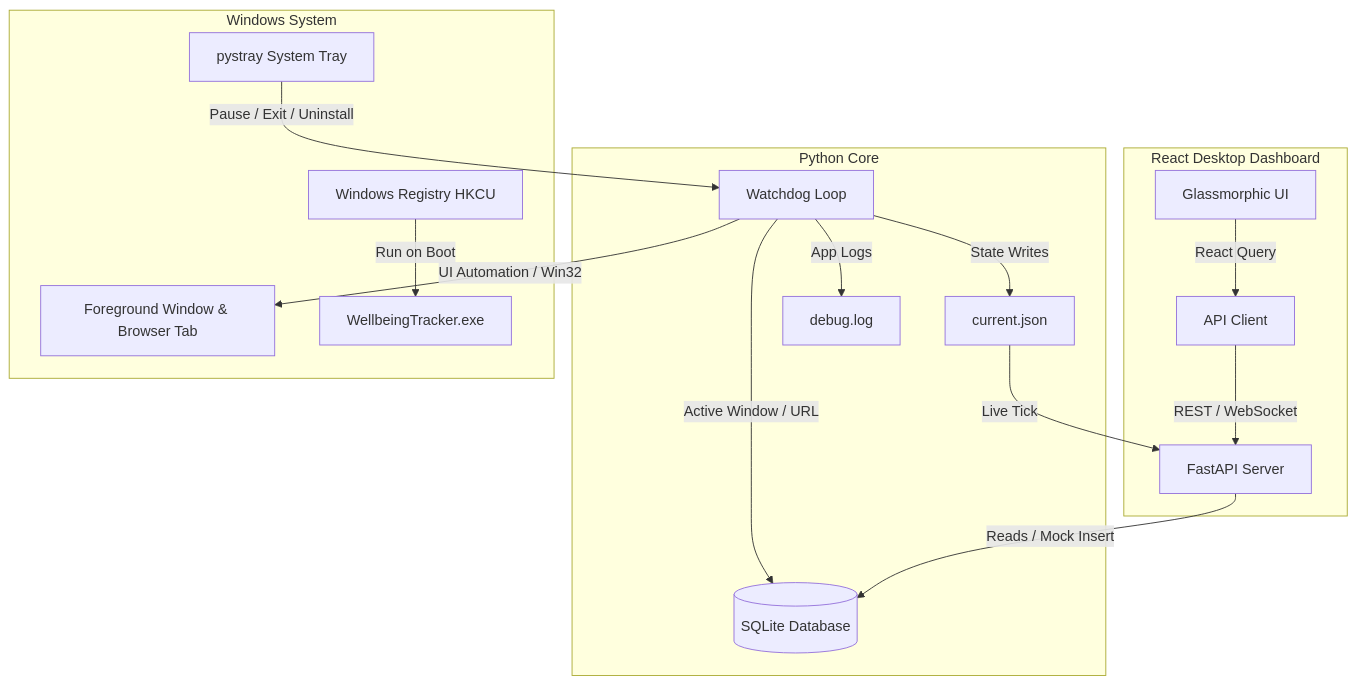
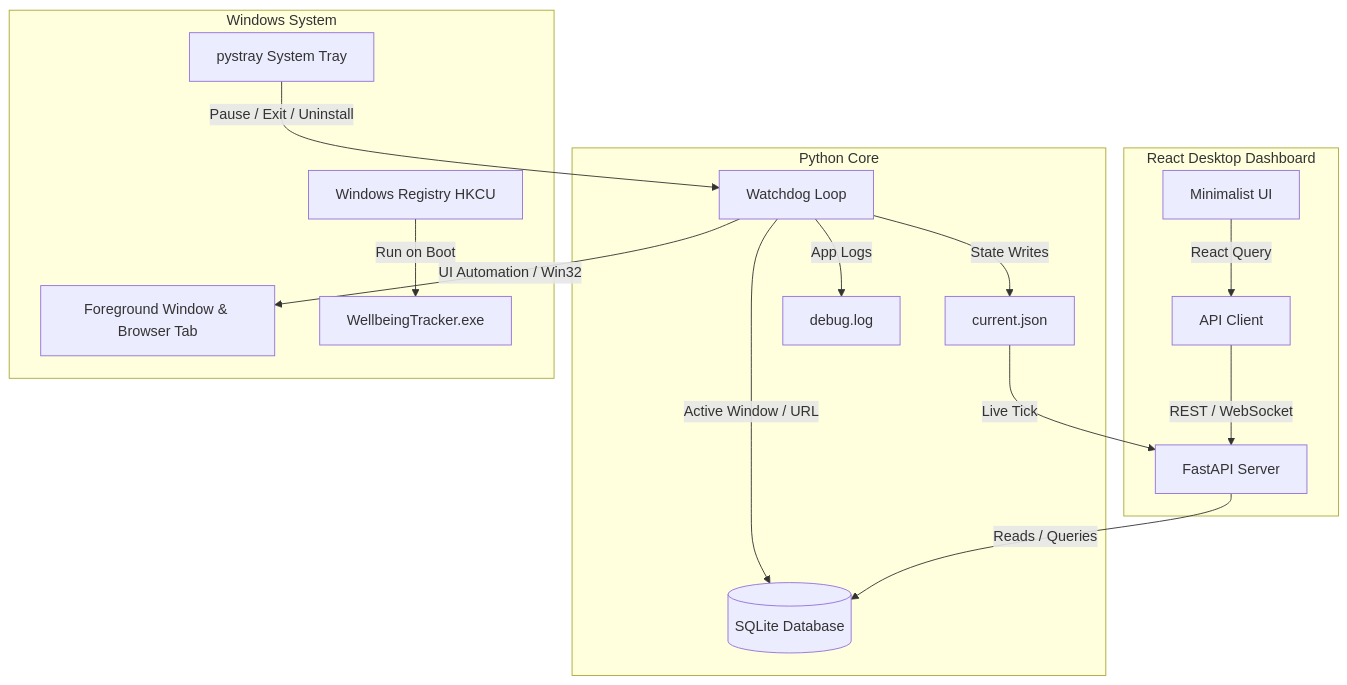
The diagram in README.md (amayIIp/WindowsTimeManagement), drawn with Mermaid before and after one commit. The commit also changed other lines of this file and 11 other files, not shown here.

````diff
--- a/README.md
+++ b/README.md
@@ -24,21 +23,21 @@
 ```mermaid
 graph TD
     subgraph Frontend [React Desktop Dashboard]
-        UI[Glassmorphic UI] --> |React Query| API_Client[API Client]
+        UI[Minimalist UI] --> |React Query| API_Client[API Client]
         API_Client --> |REST / WebSocket| API[FastAPI Server]
     end
 
     subgraph Backend [Python Core]
-        API --> |Reads / Mock Insert| DB[(SQLite Database)]
+        API --> |Reads / Queries| DB[(SQLite Database)]
         Watchdog[Watchdog Loop] --> |Active Window / URL| DB
         Watchdog --> |State Writes| Current[current.json]
         Current --> |Live Tick| API
         Watchdog --> |App Logs| Logs[debug.log]
     end
 
     subgraph Windows System
         Watchdog --> |UI Automation / Win32| OS[Foreground Window & Browser Tab]
         Tray[pystray System Tray] --> |Pause / Exit / Uninstall| Watchdog
         Registry[Windows Registry HKCU] --> |Run on Boot| Executable[WellbeingTracker.exe]
     end
 ```
````
